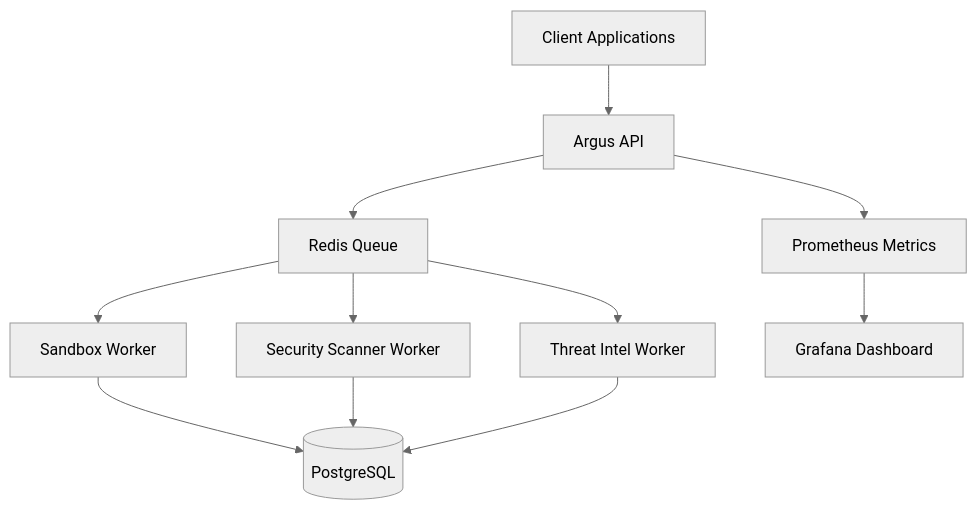
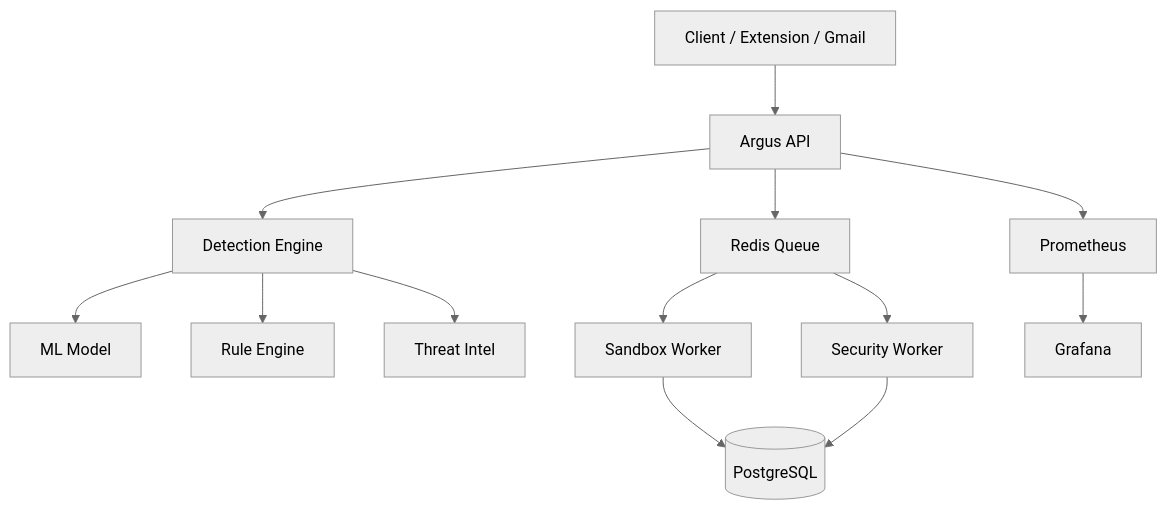
The third of 4 diagrams in README.md (rishabh-tya6i/Argus), drawn with Mermaid (neutral theme) before and after one commit. The commit also changed other lines of this file, not shown here.

````diff
--- a/README.md
+++ b/README.md
@@ -145,21 +105,22 @@
 ```mermaid
 graph TD
 
-Client[Client Applications]
+Client[Client / Extension / Gmail] --> API[Argus API]
 
-Client --> API[Argus API]
+API --> Orchestrator[Detection Engine]
+
+Orchestrator --> ML[ML Model]
+Orchestrator --> Rules[Rule Engine]
+Orchestrator --> Intel[Threat Intel]
 
 API --> Queue[Redis Queue]
 
-Queue --> SandboxWorker[Sandbox Worker]
-Queue --> ScannerWorker[Security Scanner Worker]
-Queue --> ThreatWorker[Threat Intel Worker]
+Queue --> Sandbox[Sandbox Worker]
+Queue --> Scanner[Security Worker]
 
-SandboxWorker --> DB[(PostgreSQL)]
-ScannerWorker --> DB
-ThreatWorker --> DB
+Sandbox --> DB[(PostgreSQL)]
+Scanner --> DB
 
-API --> Metrics[Prometheus Metrics]
-
-Metrics --> Grafana[Grafana Dashboard]
+API --> Metrics[Prometheus]
+Metrics --> Grafana[Grafana]
 ```
````
